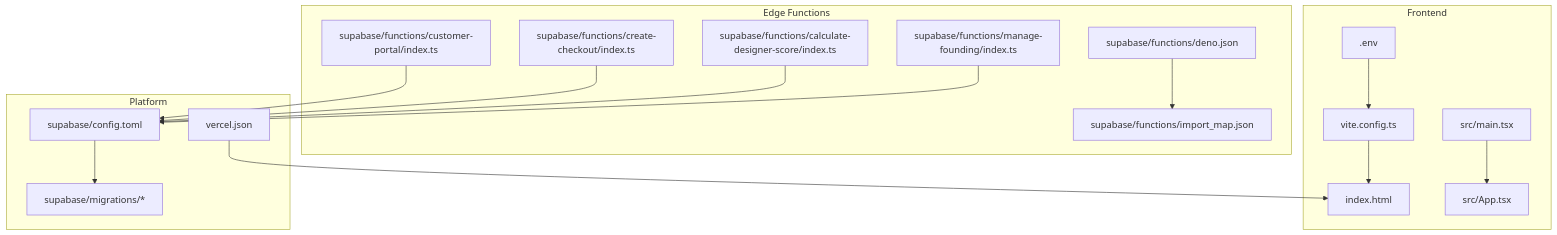
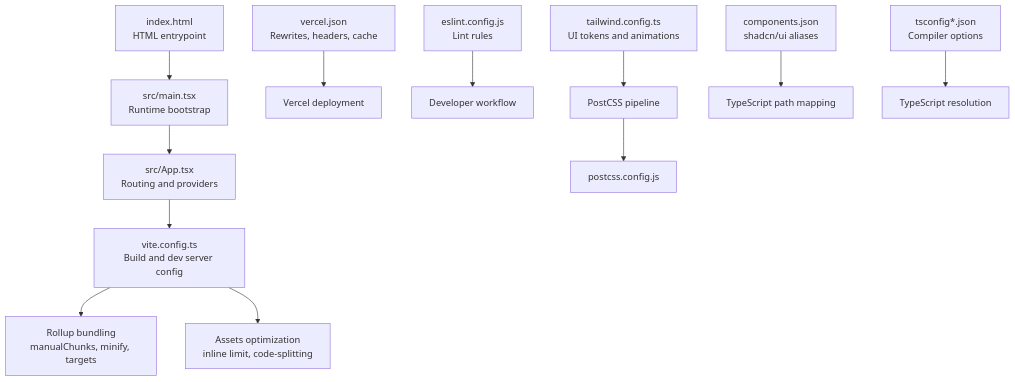
One commit to Sebu750/adorzia-studio changed the first of 8 diagrams in .qoder/repowiki/en/content/Deployment & DevOps.md. Above: the diagram before and after it, drawn with Mermaid. The commit also changed other lines of this file and 327 other files, not shown here.

````diff
--- a/.qoder/repowiki/en/content/Deployment & DevOps.md
+++ b/.qoder/repowiki/en/content/Deployment & DevOps.md
@@ -44,33 +39,14 @@
 ```mermaid
 graph TB
-subgraph "Frontend"
-ViteCfg["vite.config.ts"]
-EnvFile[".env"]
-HTML["index.html"]
-MainTS["src/main.tsx"]
-AppTS["src/App.tsx"]
-end
-subgraph "Edge Functions"
-DenoJson["supabase/functions/deno.json"]
-ImportMap["supabase/functions/import_map.json"]
-ManageFounding["supabase/functions/manage-founding/index.ts"]
-CalcScore["supabase/functions/calculate-designer-score/index.ts"]
-CreateCheckout["supabase/functions/create-checkout/index.ts"]
-CustomerPortal["supabase/functions/customer-portal/index.ts"]
-end
-subgraph "Platform"
-VercelCfg["vercel.json"]
-SupabaseCfg["supabase/config.toml"]
-Migrations["supabase/migrations/*"]
-end
-ViteCfg --> HTML
-MainTS --> AppTS
-EnvFile --> ViteCfg
-VercelCfg --> HTML
-DenoJson --> ImportMap
-ManageFounding --> SupabaseCfg
-CalcScore --> SupabaseCfg
-CreateCheckout --> SupabaseCfg
-CustomerPortal --> SupabaseCfg
-SupabaseCfg --> Migrations
+A["index.html<br/>HTML entrypoint"] --> B["src/main.tsx<br/>Runtime bootstrap"]
+B --> C["src/App.tsx<br/>Routing and providers"]
+C --> D["vite.config.ts<br/>Build and dev server config"]
+D --> E["Rollup bundling<br/>manualChunks, minify, targets"]
+D --> F["Assets optimization<br/>inline limit, code-splitting"]
+G["vercel.json<br/>Rewrites, headers, cache"] --> H["Vercel deployment"]
+I["eslint.config.js<br/>Lint rules"] --> J["Developer workflow"]
+K["tailwind.config.ts<br/>UI tokens and animations"] --> L["PostCSS pipeline"]
+L --> M["postcss.config.js"]
+N["components.json<br/>shadcn/ui aliases"] --> O["TypeScript path mapping"]
+P["tsconfig*.json<br/>Compiler options"] --> Q["TypeScript resolution"]
 ```
````
